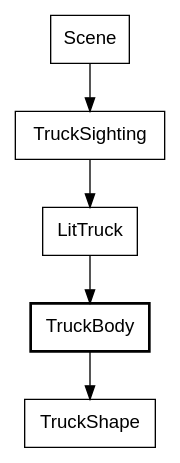
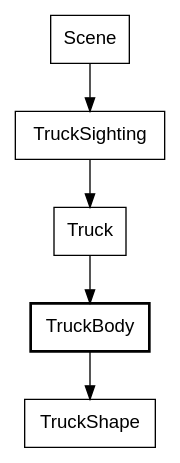
Diagram 20 of 35 in canvas_apps/safari/tutorial/tutorial.md (showell/roc-apps), drawn with Graphviz before and after one commit. The commit also changed other lines of this file and 9 other files, not shown here.

First line of the commit message:
safari: LitTruck becomes Truck, the truck as the scene draws it this frame

````diff
--- a/canvas_apps/safari/tutorial/tutorial.md
+++ b/canvas_apps/safari/tutorial/tutorial.md
@@ -1903,10 +1903,10 @@
 ```dot
 digraph truck_drawing {
   node [shape=box, fontname="Helvetica"];
   TruckBody [style=bold];
   Scene -> TruckSighting;
-  TruckSighting -> LitTruck;
-  LitTruck -> TruckBody;
+  TruckSighting -> Truck;
+  Truck -> TruckBody;
   TruckBody -> TruckShape;
 }
 ```
````
